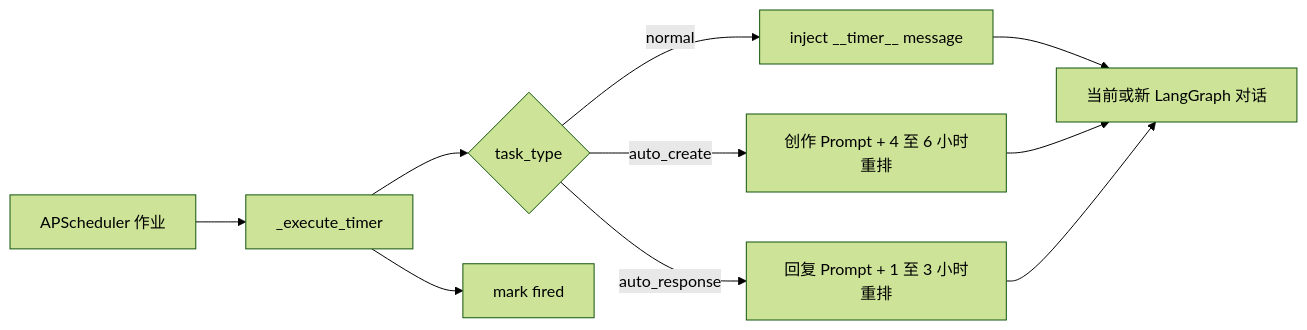
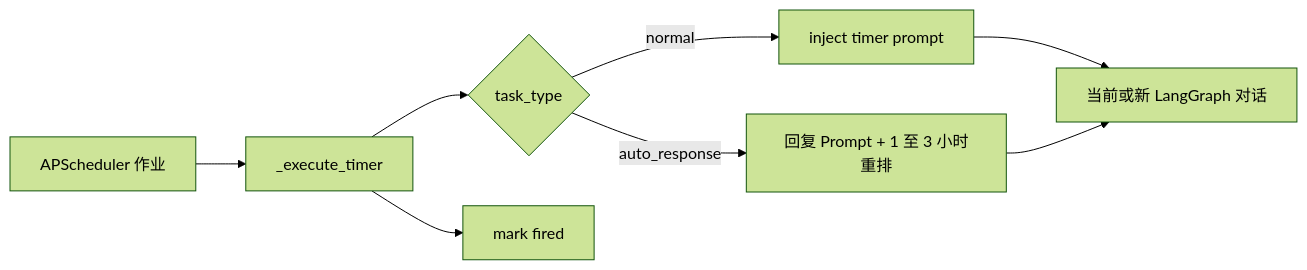
Before and after one commit to ATreep/hatsume-qq-bot: the seventh of 9 diagrams in docs/arch.md, drawn with Mermaid (forest theme). The commit also changed other lines of this file and 21 other files, not shown here.

Commit message:
Refactor plugin architecture and update related tests

```diff
--- a/docs/arch.md
+++ b/docs/arch.md
@@ -366,12 +366,10 @@
 ~~~mermaid
 flowchart LR
     Job[APScheduler 作业] --> Execute[_execute_timer]
     Execute --> Kind{task_type}
-    Kind -- normal --> Inject[inject __timer__ message]
-    Kind -- auto_create --> Create[创作 Prompt + 4 至 6 小时重排]
+    Kind -- normal --> Inject[inject timer prompt]
     Kind -- auto_response --> Response[回复 Prompt + 1 至 3 小时重排]
     Inject --> Graph[当前或新 LangGraph 对话]
-    Create --> Graph
     Response --> Graph
     Execute --> Fired[mark fired]
 ~~~
```
